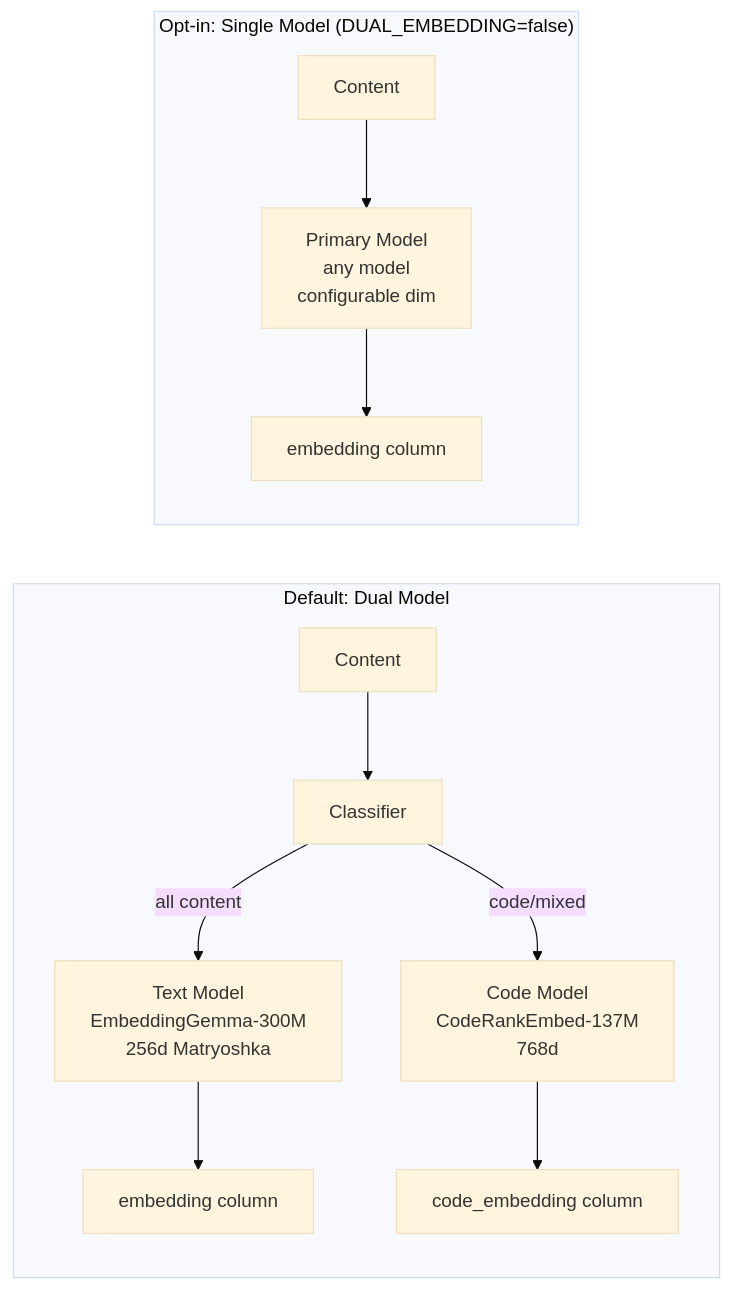
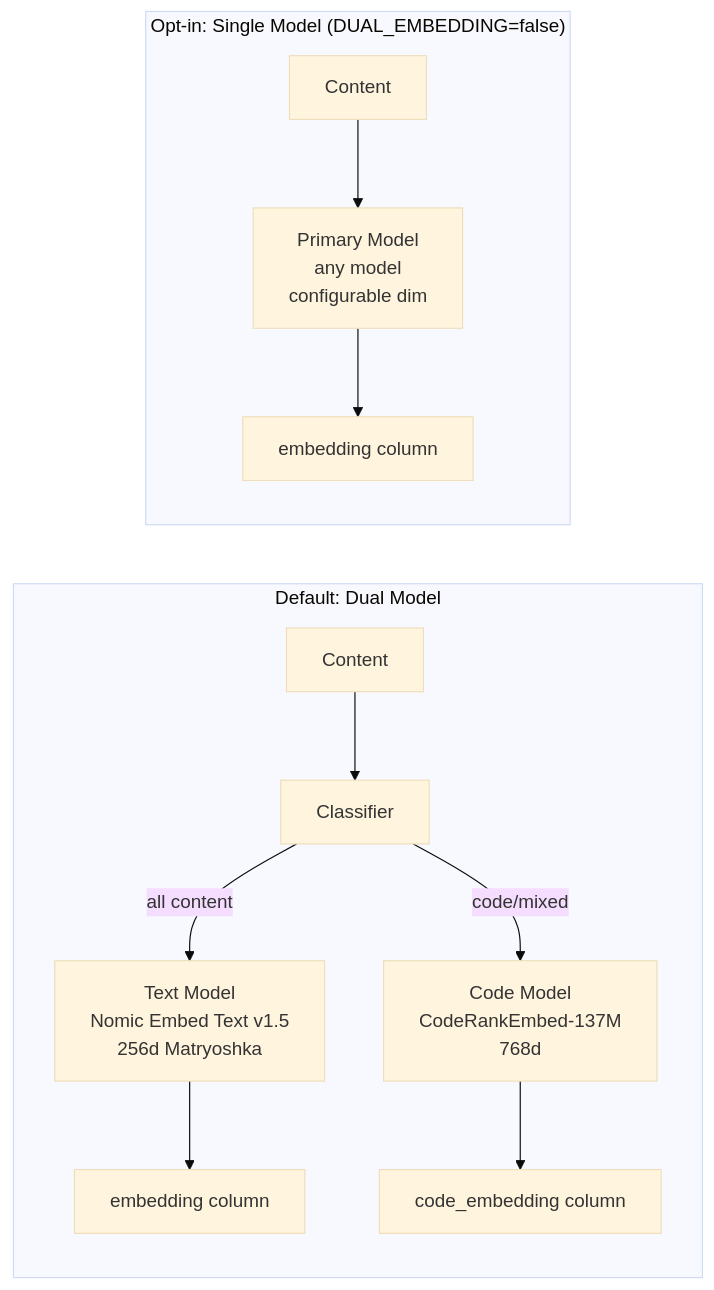
The fifth of 8 diagrams in ARCHITECTURE.md (openagent-coding/open-memory), drawn with Mermaid (base theme) before and after one commit. The commit also changed other lines of this file and 8 other files, not shown here.

````diff
--- a/ARCHITECTURE.md
+++ b/ARCHITECTURE.md
@@ -115,15 +115,15 @@
 ```mermaid
 flowchart LR
     subgraph "Default: Dual Model"
         D[Content] --> E[Classifier]
-        E -->|all content| F[Text Model<br/>EmbeddingGemma-300M<br/>256d Matryoshka]
+        E -->|all content| F[Text Model<br/>Nomic Embed Text v1.5<br/>256d Matryoshka]
         E -->|code/mixed| G[Code Model<br/>CodeRankEmbed-137M<br/>768d]
         F --> H[embedding column]
         G --> I[code_embedding column]
     end
 
     subgraph "Opt-in: Single Model (DUAL_EMBEDDING=false)"
         A[Content] --> B[Primary Model<br/>any model<br/>configurable dim]
         B --> C[embedding column]
     end
 ```
````
